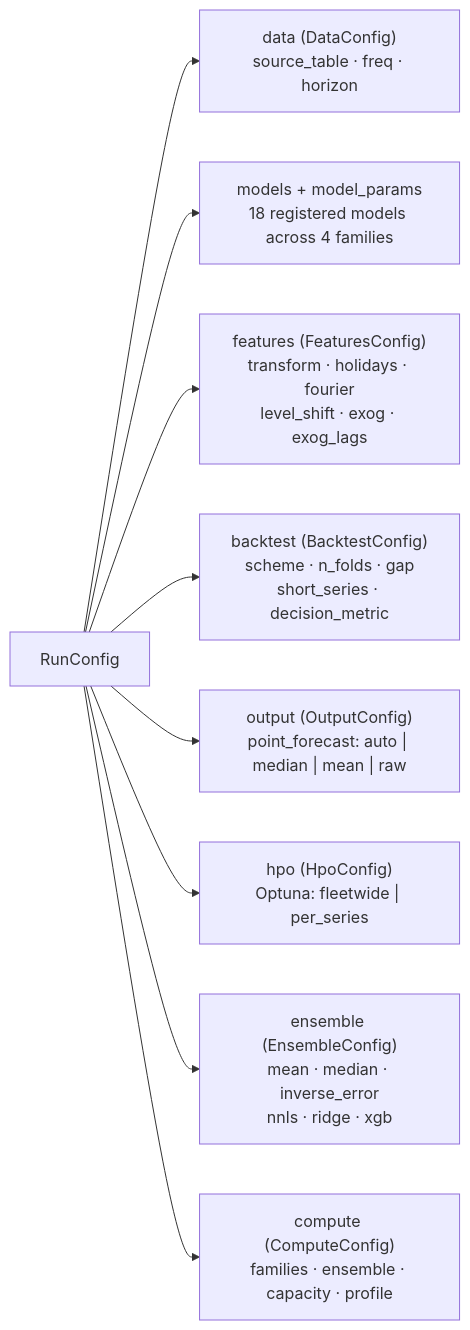
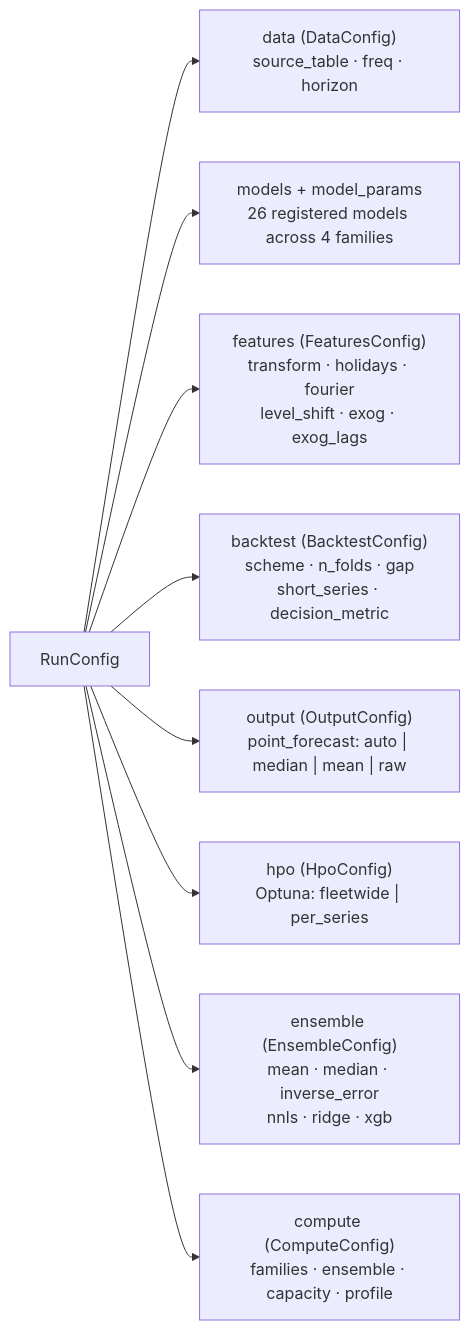
The diagram in docs/configuration_reference.md (statmike/scale-forecasting), drawn with Mermaid before and after one commit. The commit also changed other lines of this file and 52 other files, not shown here.

````diff
--- a/docs/configuration_reference.md
+++ b/docs/configuration_reference.md
@@ -35,11 +35,11 @@
 ```mermaid
 flowchart LR
     RunCfg["RunConfig"] --> Data["data (DataConfig)\nsource_table · freq · horizon"]
-    RunCfg --> Models["models + model_params\n18 registered models across 4 families"]
+    RunCfg --> Models["models + model_params\n26 registered models across 4 families"]
     RunCfg --> Feat["features (FeaturesConfig)\ntransform · holidays · fourier\nlevel_shift · exog · exog_lags"]
     RunCfg --> BT["backtest (BacktestConfig)\nscheme · n_folds · gap\nshort_series · decision_metric"]
     RunCfg --> Out["output (OutputConfig)\npoint_forecast: auto | median | mean | raw"]
     RunCfg --> HPO["hpo (HpoConfig)\nOptuna: fleetwide | per_series"]
     RunCfg --> Ens["ensemble (EnsembleConfig)\nmean · median · inverse_error\nnnls · ridge · xgb"]
     RunCfg --> Comp["compute (ComputeConfig)\nfamilies · ensemble · capacity · profile"]
 ```
````
